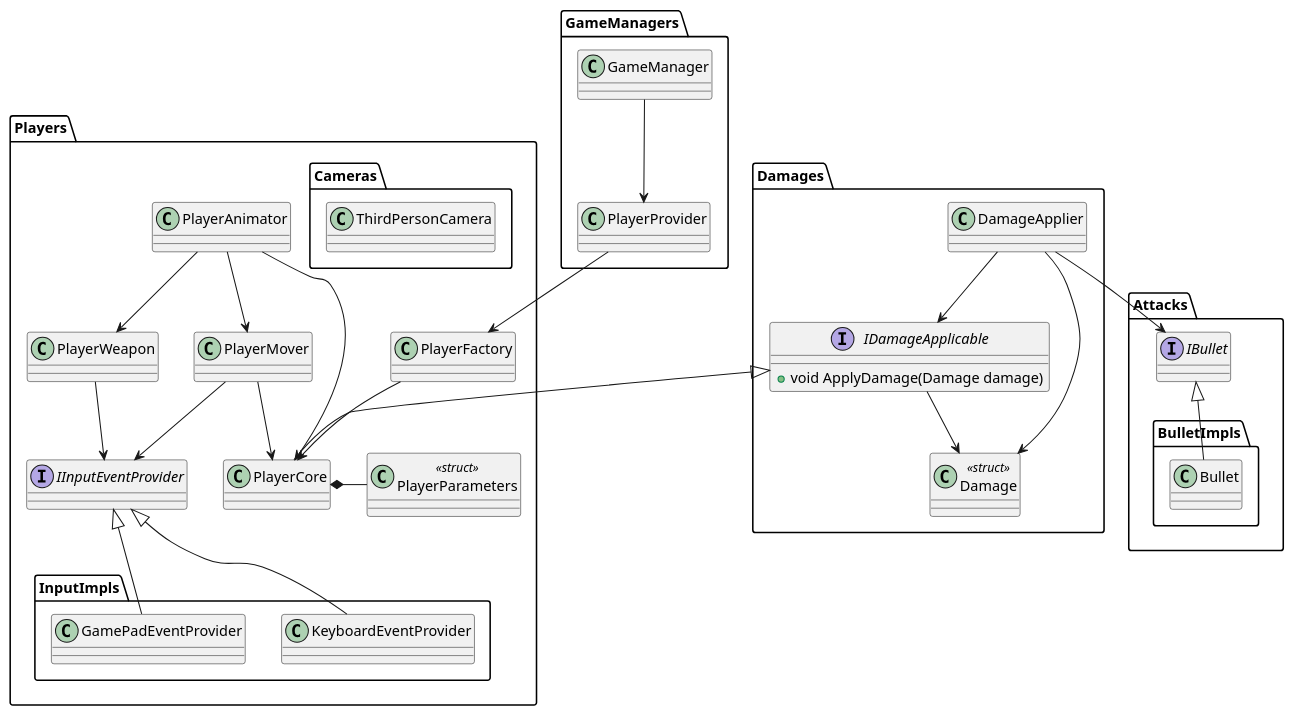
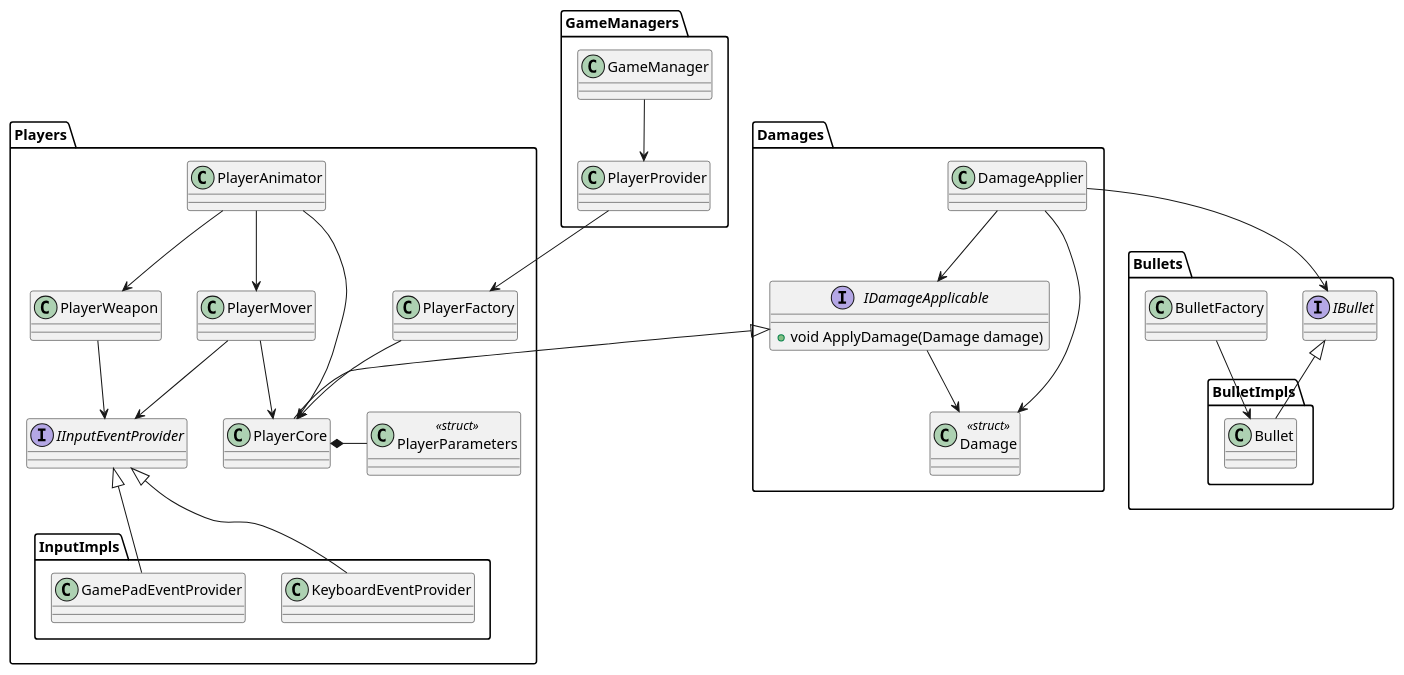
One commit to noir-neo/high-speed-robot-shooting changed the diagram in uml.plantuml. Above: the diagram before and after it, drawn with PlantUML.

Commit message:
Update uml

```diff
--- a/uml.plantuml
+++ b/uml.plantuml
@@ -1,70 +1,68 @@
 @startuml
 namespace GameManagers {
   class GameManager
   class PlayerProvider
 }
 
 GameManagers.PlayerProvider --> Players.PlayerFactory
 GameManagers.GameManager --> GameManagers.PlayerProvider
 
 namespace Players {
   class PlayerCore {
   }
   class PlayerMover
   class PlayerWeapon
   class PlayerAnimator
   class PlayerParameters <<struct>> {
 
   }
 
   class PlayerFactory
 
   namespace InputImpls {
     class KeyboardEventProvider
     class GamePadEventProvider
   }
   interface IInputEventProvider
-
-  namespace Cameras {
-    class ThirdPersonCamera
-  }
 }
 
 Players.IInputEventProvider <|-- Players.InputImpls.KeyboardEventProvider
 Players.IInputEventProvider <|-- Players.InputImpls.GamePadEventProvider
 
 Players.PlayerMover --> Players.IInputEventProvider
 Players.PlayerWeapon --> Players.IInputEventProvider
 
 Players.PlayerAnimator --> Players.PlayerMover
 Players.PlayerAnimator --> Players.PlayerWeapon
 Players.PlayerAnimator --> Players.PlayerCore
 Players.PlayerMover --> Players.PlayerCore
 Players.PlayerCore *- Players.PlayerParameters
 Players.PlayerFactory --> Players.PlayerCore
 
-namespace Attacks {
+namespace Bullets {
   namespace BulletImpls {
     class Bullet
   }
   interface IBullet
+  class BulletFactory
 }
 
-Attacks.IBullet <|-- Attacks.BulletImpls.Bullet
+Bullets.IBullet <|-- Bullets.BulletImpls.Bullet
+Bullets.BulletFactory --> Bullets.BulletImpls.Bullet
 
 namespace Damages {
   class Damage <<struct>> {
 
   }
   interface IDamageApplicable {
     + void ApplyDamage(Damage damage)
   }
   class DamageApplier
 }
 
 Damages.IDamageApplicable <|-- Players.PlayerCore
 Damages.IDamageApplicable --> Damages.Damage
-Damages.DamageApplier --> Attacks.IBullet
+Damages.DamageApplier --> Bullets.IBullet
 Damages.DamageApplier --> Damages.Damage
 Damages.DamageApplier --> Damages.IDamageApplicable
 @enduml
```
